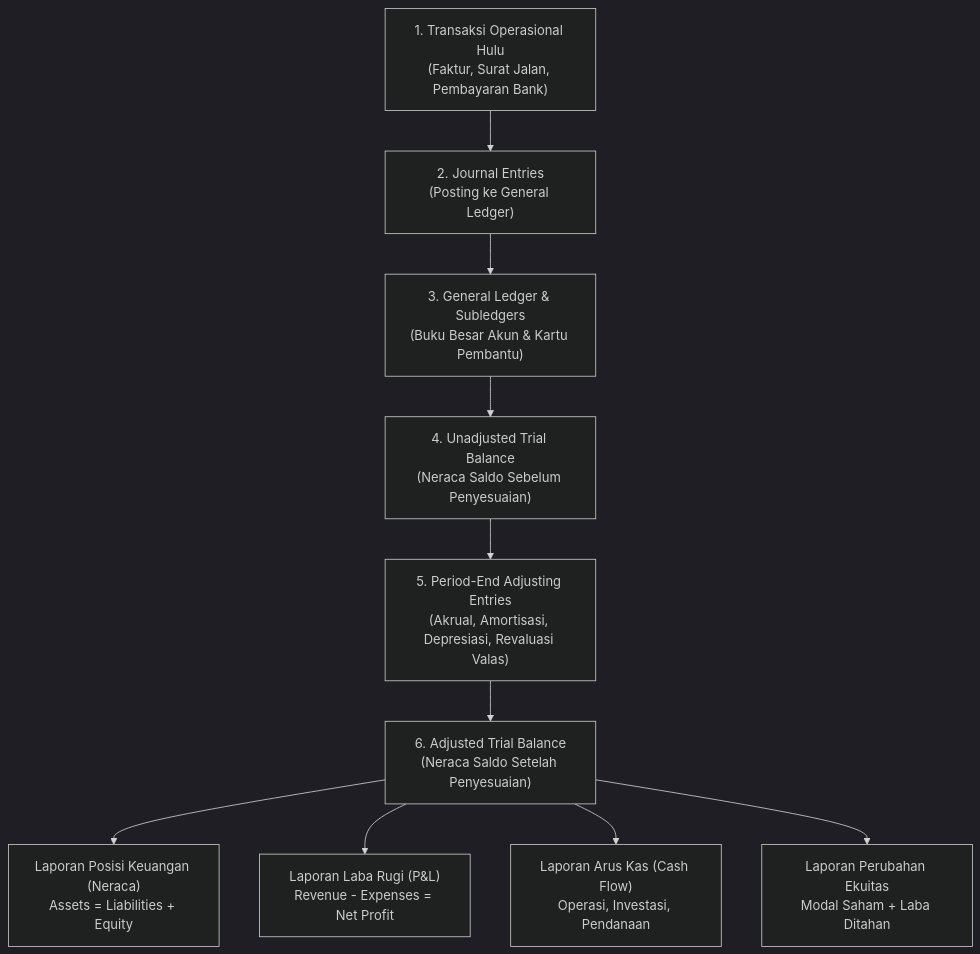
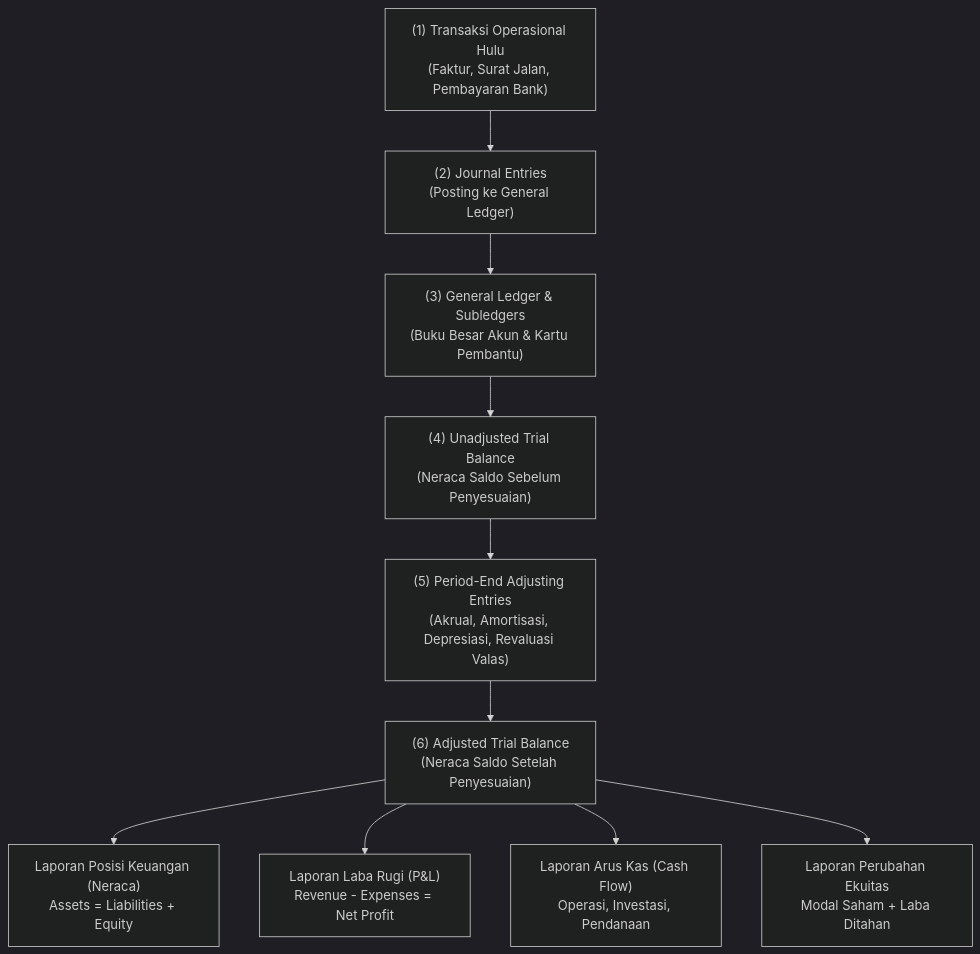
One commit to alimurrofid/erp-notes changed the diagram in content/02-accounting/financial-statements.md. Above: the diagram before and after it, drawn with Mermaid (dark theme). The commit also changed 132 other files, not shown here.

````diff
--- a/content/02-accounting/financial-statements.md
+++ b/content/02-accounting/financial-statements.md
@@ -21,14 +21,14 @@
 ```mermaid
 flowchart TD
-    TX["1. Transaksi Operasional Hulu<br/>(Faktur, Surat Jalan, Pembayaran Bank)"]
-    --> JE["2. Journal Entries<br/>(Posting ke General Ledger)"]
-    --> GL["3. General Ledger & Subledgers<br/>(Buku Besar Akun & Kartu Pembantu)"]
-    --> UTB["4. Unadjusted Trial Balance<br/>(Neraca Saldo Sebelum Penyesuaian)"]
-    --> ADJ["5. Period-End Adjusting Entries<br/>(Akrual, Amortisasi, Depresiasi, Revaluasi Valas)"]
-    --> ATB["6. Adjusted Trial Balance<br/>(Neraca Saldo Setelah Penyesuaian)"]
+    TX["(1) Transaksi Operasional Hulu<br/>(Faktur, Surat Jalan, Pembayaran Bank)"]
+    --> JE["(2) Journal Entries<br/>(Posting ke General Ledger)"]
+    --> GL["(3) General Ledger & Subledgers<br/>(Buku Besar Akun & Kartu Pembantu)"]
+    --> UTB["(4) Unadjusted Trial Balance<br/>(Neraca Saldo Sebelum Penyesuaian)"]
+    --> ADJ["(5) Period-End Adjusting Entries<br/>(Akrual, Amortisasi, Depresiasi, Revaluasi Valas)"]
+    --> ATB["(6) Adjusted Trial Balance<br/>(Neraca Saldo Setelah Penyesuaian)"]
     
     ATB --> BS["Laporan Posisi Keuangan (Neraca)<br/>Assets = Liabilities + Equity"]
     ATB --> PL["Laporan Laba Rugi (P&L)<br/>Revenue - Expenses = Net Profit"]
     ATB --> CF["Laporan Arus Kas (Cash Flow)<br/>Operasi, Investasi, Pendanaan"]
     ATB --> EQ["Laporan Perubahan Ekuitas<br/>Modal Saham + Laba Ditahan"]
 ```
````
